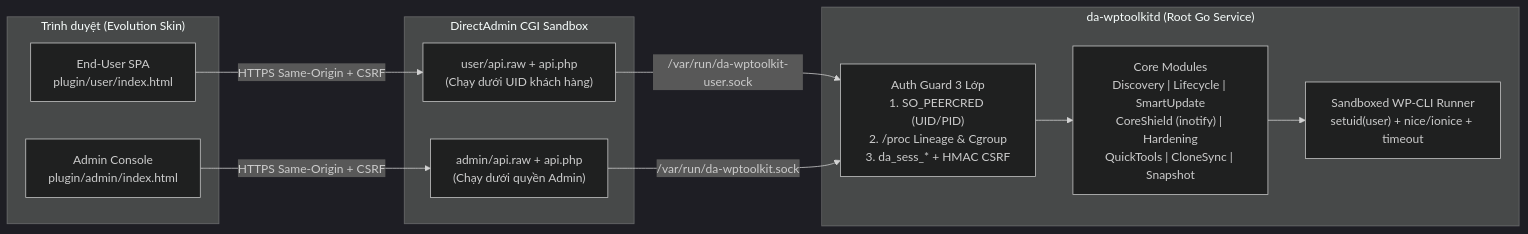
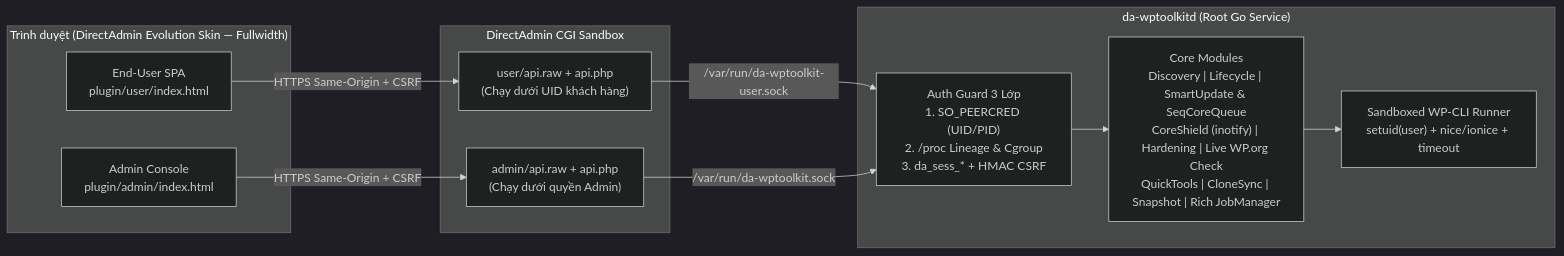
Before and after one commit to shostwp-byte/da-wordpresstoolkit: the diagram in README.md, drawn with Mermaid (dark theme). The commit also changed other lines of this file, not shown here.

````diff
--- a/README.md
+++ b/README.md
@@ -54,25 +57,25 @@
 ```mermaid
 flowchart LR
-    subgraph Browser["Trình duyệt (Evolution Skin)"]
+    subgraph Browser["Trình duyệt (DirectAdmin Evolution Skin — Fullwidth)"]
         UserUI["End-User SPA<br/>plugin/user/index.html"]
         AdminUI["Admin Console<br/>plugin/admin/index.html"]
     end
 
     subgraph DirectAdmin["DirectAdmin CGI Sandbox"]
         UserRelay["user/api.raw + api.php<br/>(Chạy dưới UID khách hàng)"]
         AdminRelay["admin/api.raw + api.php<br/>(Chạy dưới quyền Admin)"]
     end
 
     subgraph Daemon["da-wptoolkitd (Root Go Service)"]
         Guard["Auth Guard 3 Lớp<br/>1. SO_PEERCRED (UID/PID)<br/>2. /proc Lineage & Cgroup<br/>3. da_sess_* + HMAC CSRF"]
-        CoreEngine["Core Modules<br/>Discovery | Lifecycle | SmartUpdate<br/>CoreShield (inotify) | Hardening<br/>QuickTools | CloneSync | Snapshot"]
+        CoreEngine["Core Modules<br/>Discovery | Lifecycle | SmartUpdate & SeqCoreQueue<br/>CoreShield (inotify) | Hardening | Live WP.org Check<br/>QuickTools | CloneSync | Snapshot | Rich JobManager"]
         WPCLI["Sandboxed WP-CLI Runner<br/>setuid(user) + nice/ionice + timeout"]
     end
 
     UserUI -->|HTTPS Same-Origin + CSRF| UserRelay
     AdminUI -->|HTTPS Same-Origin + CSRF| AdminRelay
     UserRelay -->|/var/run/da-wptoolkit-user.sock| Guard
     AdminRelay -->|/var/run/da-wptoolkit.sock| Guard
     Guard --> CoreEngine
     CoreEngine --> WPCLI
 ```
````
